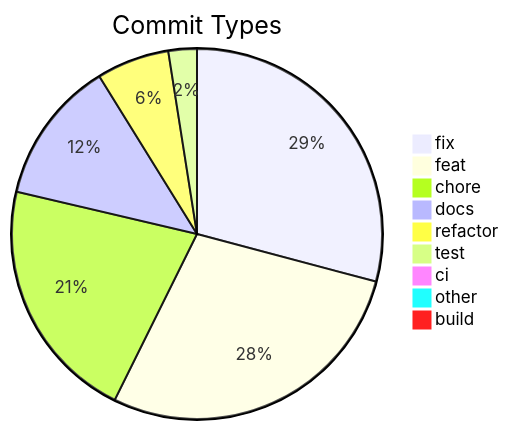
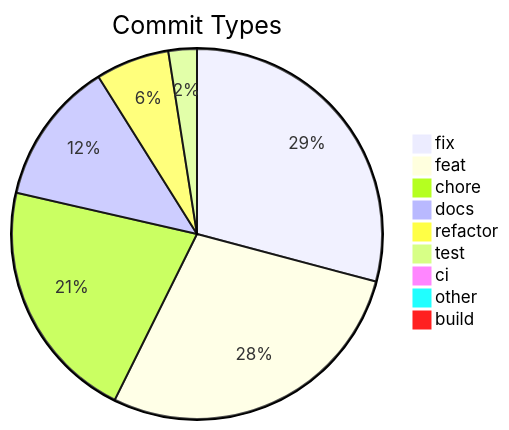
The diagram in .shipwright/compliance/change-history.md (svenroth-ai/shipwright), drawn with Mermaid before and after one commit. The commit also changed other lines of this file and 24 other files, not shown here.

````diff
--- a/.shipwright/compliance/change-history.md
+++ b/.shipwright/compliance/change-history.md
@@ -8,12 +8,12 @@
 ```mermaid
 pie title Commit Types
     "fix" : 340
     "feat" : 329
-    "chore" : 249
+    "chore" : 248
     "docs" : 146
-    "refactor" : 74
+    "refactor" : 75
     "test" : 29
     "ci" : 11
     "other" : 9
     "build" : 1
 ```
````
